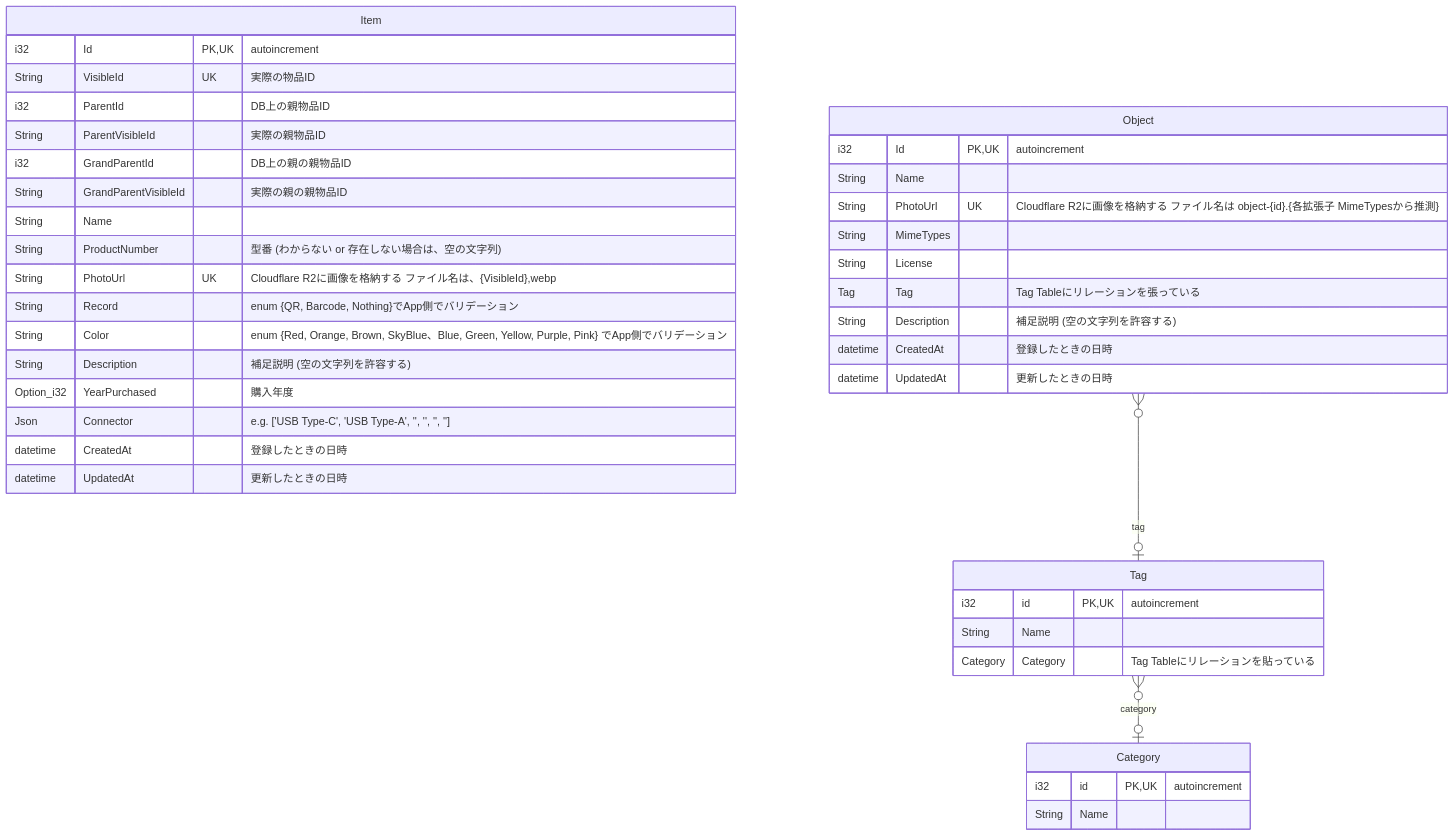
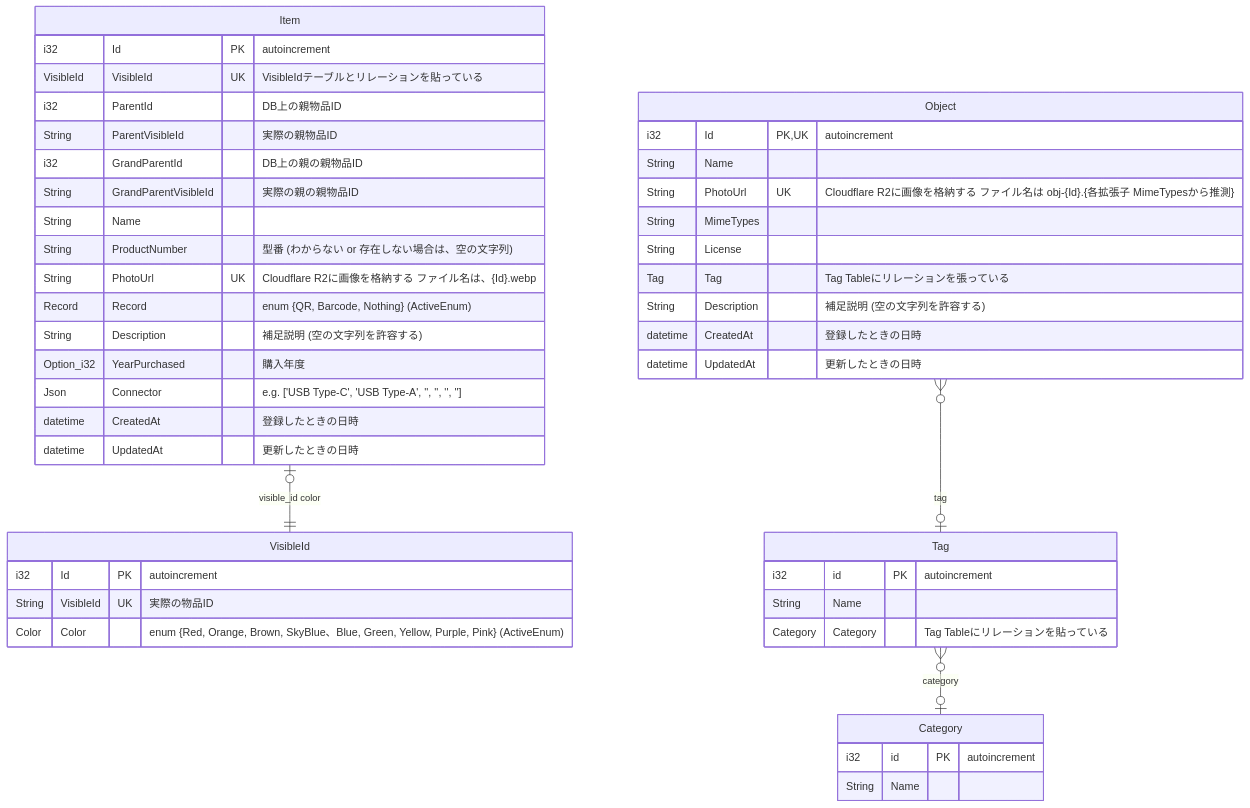
One commit to Myxogastria0808/DashiShoyu changed the first of 2 diagrams in README.md. Above: the diagram before and after it, drawn with Mermaid. The commit also changed other lines of this file and 92 other files, not shown here.

````diff
--- a/README.md
+++ b/README.md
@@ -183,46 +190,51 @@
 ```mermaid
 erDiagram
+    Item |o--|| VisibleId : "visible_id color"
     Item {
-        i32 Id PK, UK "autoincrement"
-        String VisibleId UK "実際の物品ID"
+        i32 Id PK "autoincrement"
+        VisibleId VisibleId UK "VisibleIdテーブルとリレーションを貼っている"
         i32 ParentId "DB上の親物品ID"
         String ParentVisibleId "実際の親物品ID"
         i32 GrandParentId "DB上の親の親物品ID"
         String GrandParentVisibleId "実際の親の親物品ID"
         String Name
         String ProductNumber "型番 (わからない or 存在しない場合は、空の文字列)"
-        String PhotoUrl UK "Cloudflare R2に画像を格納する ファイル名は、{VisibleId},webp"
-        String Record "enum {QR, Barcode, Nothing}でApp側でバリデーション"
-        String Color "enum {Red, Orange, Brown, SkyBlue、Blue, Green, Yellow, Purple, Pink} でApp側でバリデーション"
+        String PhotoUrl UK "Cloudflare R2に画像を格納する ファイル名は、{Id}.webp"
+        Record Record "enum {QR, Barcode, Nothing} (ActiveEnum)"
         String Description　"補足説明 (空の文字列を許容する)"
         Option_i32 YearPurchased "購入年度"
         Json Connector　"e.g. ['USB Type-C', 'USB Type-A', '', '', '', '']"
         datetime CreatedAt "登録したときの日時"
         datetime UpdatedAt "更新したときの日時"
+    }
+    VisibleId {
+        i32 Id PK "autoincrement"
+        String VisibleId UK "実際の物品ID"
+        Color Color "enum {Red, Orange, Brown, SkyBlue、Blue, Green, Yellow, Purple, Pink} (ActiveEnum)"
     }
 
     Object }o--o| Tag : tag
     Tag }o--o| Category : category
     Object {
         i32 Id PK, UK "autoincrement"
         String Name
-        String PhotoUrl UK "Cloudflare R2に画像を格納する ファイル名は object-{id}.{各拡張子 MimeTypesから推測}"
+        String PhotoUrl UK "Cloudflare R2に画像を格納する ファイル名は obj-{Id}.{各拡張子 MimeTypesから推測}"
         String MimeTypes
         String License
         Tag Tag "Tag Tableにリレーションを張っている"
         String Description "補足説明 (空の文字列を許容する)"
         datetime CreatedAt "登録したときの日時"
         datetime UpdatedAt "更新したときの日時"
     }
 
     Tag {
-        i32 id PK, UK "autoincrement"
+        i32 id PK "autoincrement"
         String Name
         Category Category "Tag Tableにリレーションを貼っている"
     }
 
     Category {
-        i32 id PK, UK "autoincrement"
+        i32 id PK "autoincrement"
         String Name
     }
 ```
````
